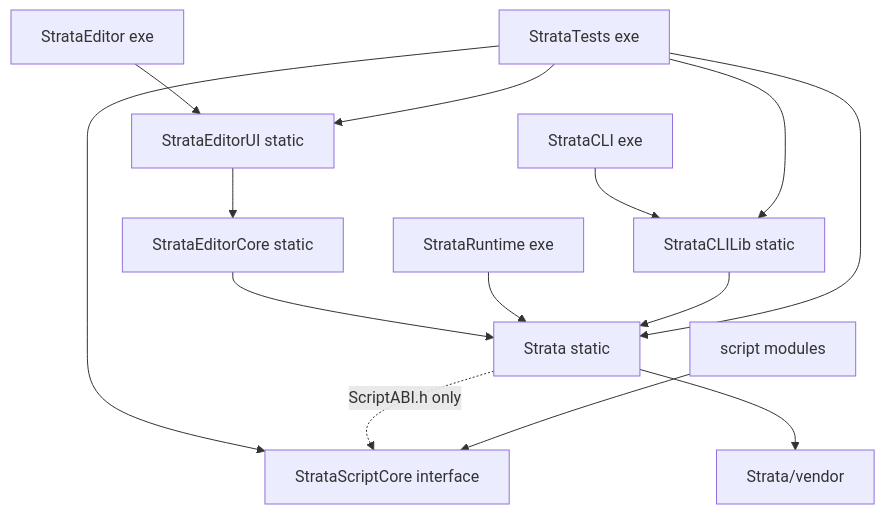
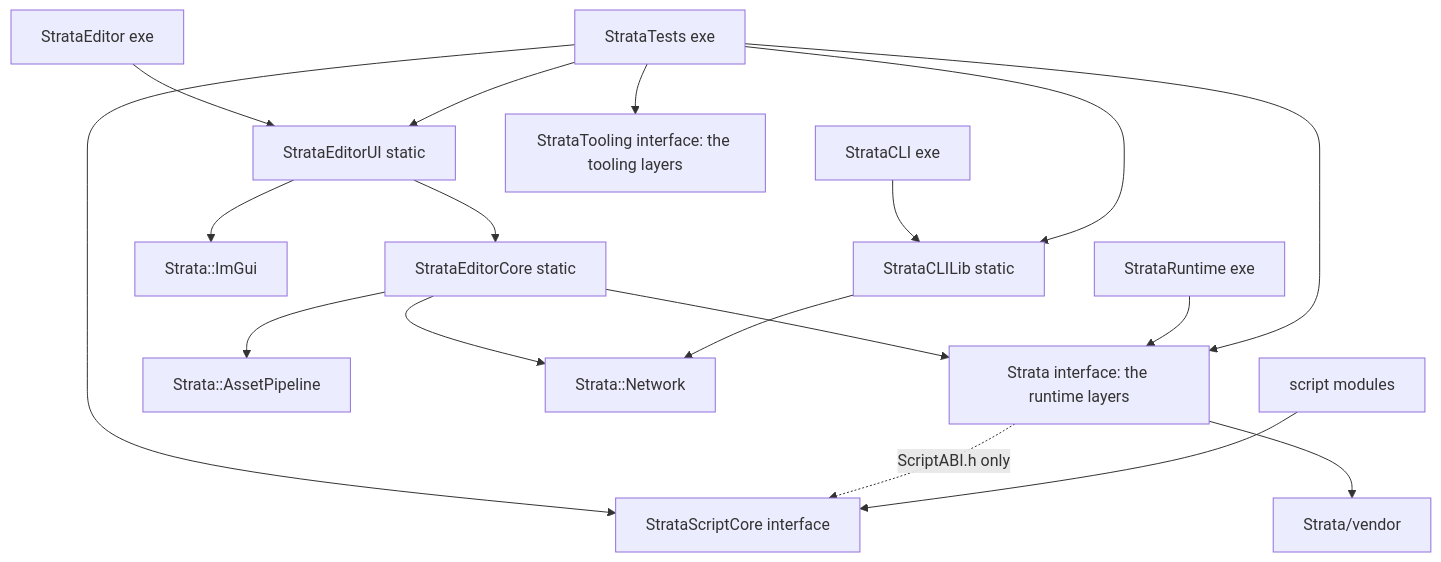
The diagram in Docs/Architecture.md (2042Third/GameEngine), drawn with Mermaid before and after one commit. The commit also changed other lines of this file and 21 other files, not shown here.

````diff
--- a/Docs/Architecture.md
+++ b/Docs/Architecture.md
@@ -30,16 +44,20 @@
 ```mermaid
 graph TD
   Editor[StrataEditor exe] --> EditorUI[StrataEditorUI static]
   EditorUI --> EditorCore[StrataEditorCore static]
-  EditorCore --> Strata[Strata static]
+  EditorUI --> ImGuiLayer[Strata::ImGui]
+  EditorCore --> Strata[Strata interface: the runtime layers]
+  EditorCore --> Pipeline[Strata::AssetPipeline]
+  EditorCore --> Network[Strata::Network]
   Runtime[StrataRuntime exe] --> Strata
   CLI[StrataCLI exe] --> CLILib[StrataCLILib static]
-  CLILib --> Strata
+  CLILib --> Network
   Tests[StrataTests exe] --> Strata
+  Tests --> Tooling[StrataTooling interface: the tooling layers]
   Tests --> EditorUI
   Tests --> CLILib
   Tests --> ScriptCore
   Strata -.->|ScriptABI.h only| ScriptCore[StrataScriptCore interface]
   Module[script modules] --> ScriptCore
   Strata --> Vendor[Strata/vendor]
 ```
````
